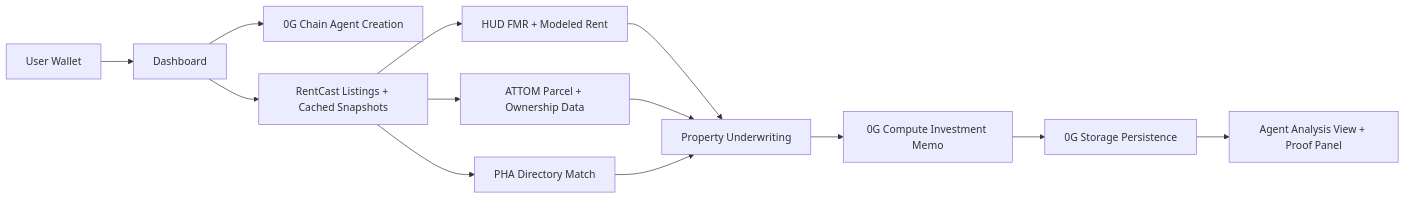
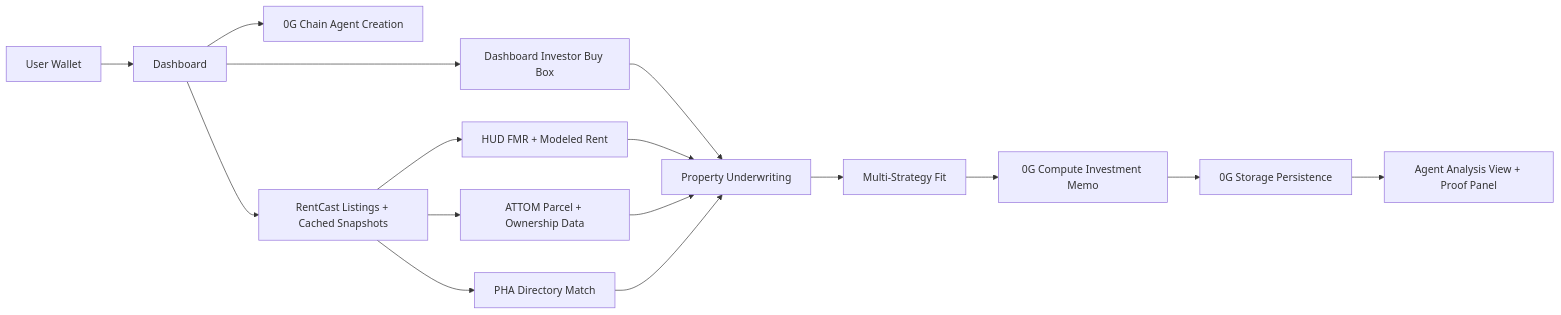
One commit to Kosaiyno/Sect8 changed the diagram in README.md. Above: the diagram before and after it, drawn with Mermaid. The commit also changed other lines of this file and 9 other files, not shown here.

````diff
--- a/README.md
+++ b/README.md
@@ -124,15 +174,18 @@
 ```mermaid
 flowchart LR
 	U[User Wallet] --> D[Dashboard]
 	D --> C[0G Chain Agent Creation]
+	D --> B[Dashboard Investor Buy Box]
 	D --> L[RentCast Listings + Cached Snapshots]
 	L --> H[HUD FMR + Modeled Rent]
 	L --> A[ATTOM Parcel + Ownership Data]
 	L --> P[PHA Directory Match]
+	B --> X[Property Underwriting]
 	H --> X[Property Underwriting]
 	A --> X
 	P --> X
-	X --> G[0G Compute Investment Memo]
+	X --> M[Multi-Strategy Fit]
+	M --> G[0G Compute Investment Memo]
 	G --> S[0G Storage Persistence]
 	S --> V[Agent Analysis View + Proof Panel]
 ```
````
